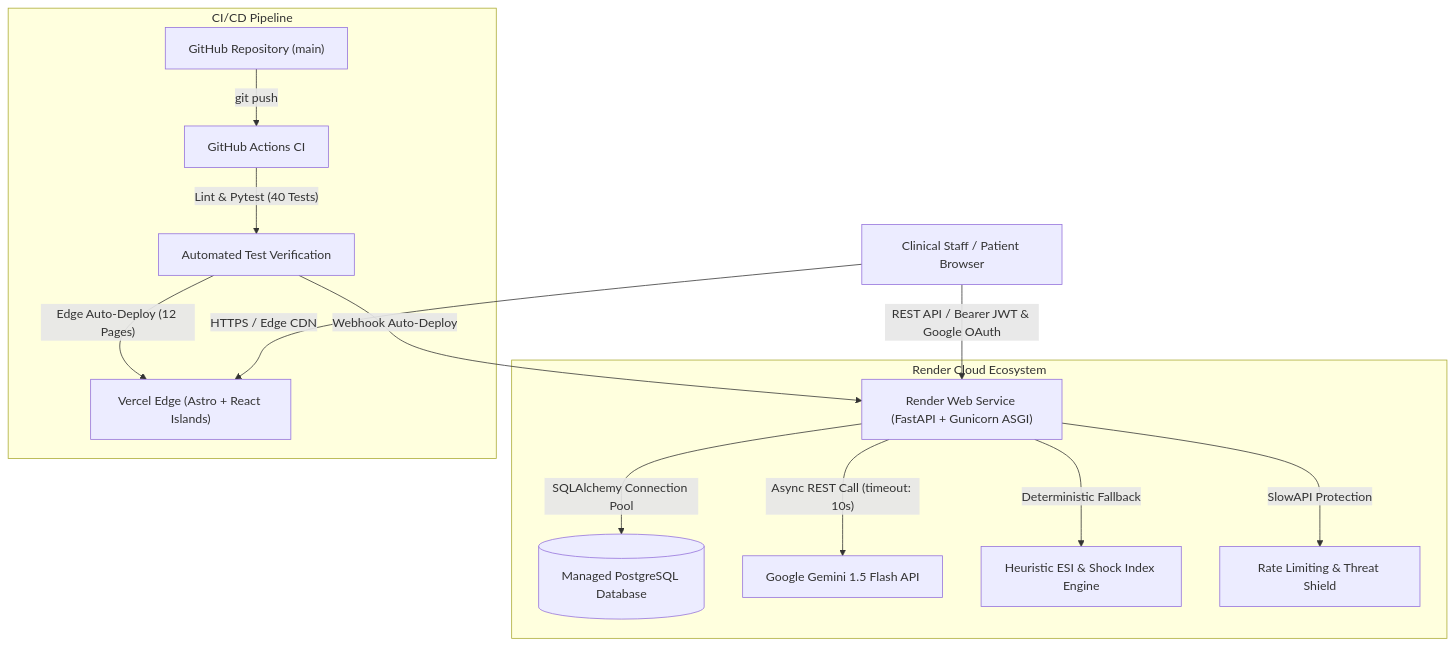
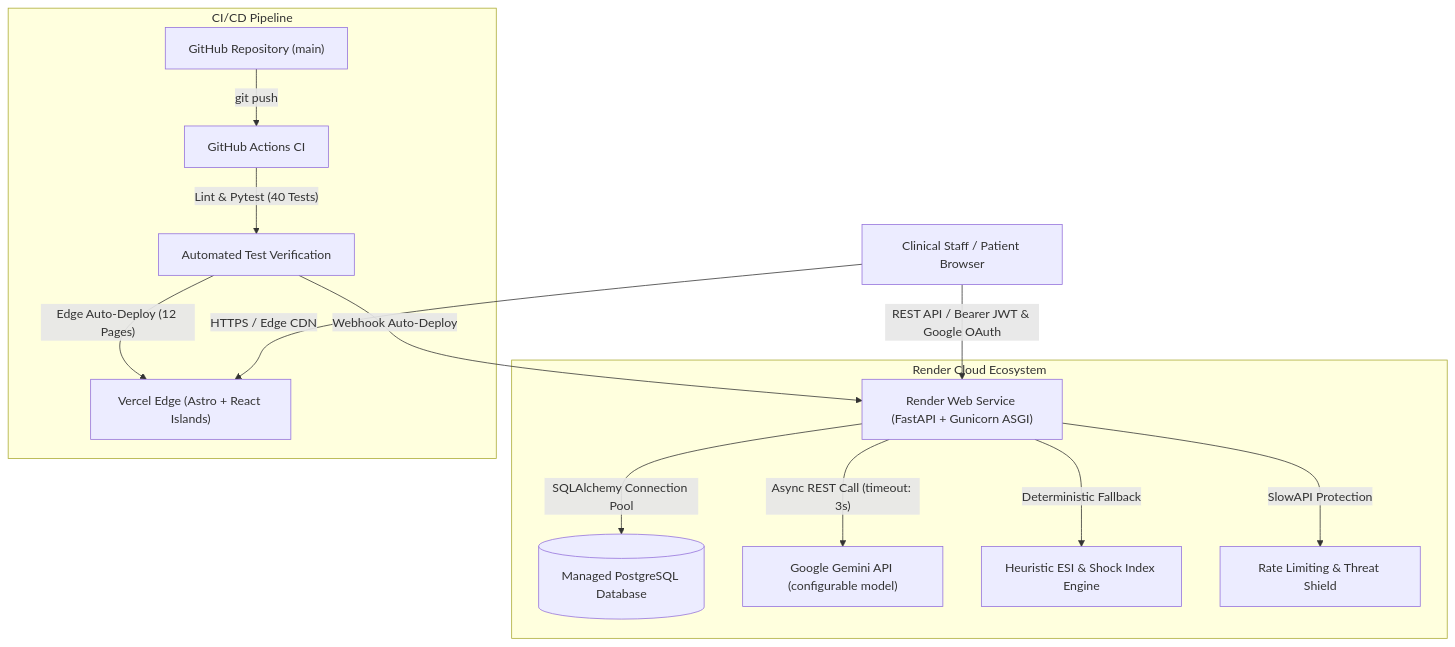
The first of 2 diagrams in README.md (AkshayByte/swasthatrack), drawn with Mermaid before and after one commit. The commit also changed other lines of this file, not shown here.

````diff
--- a/README.md
+++ b/README.md
@@ -38,19 +38,19 @@
 ```mermaid
 graph TD
     User["Clinical Staff / Patient Browser"] -->|"HTTPS / Edge CDN"| Vercel["Vercel Edge (Astro + React Islands)"]
     User -->|"REST API / Bearer JWT & Google OAuth"| Render["Render Web Service (FastAPI + Gunicorn ASGI)"]
     
     subgraph "Render Cloud Ecosystem"
         Render -->|"SQLAlchemy Connection Pool"| Postgres[("Managed PostgreSQL Database")]
-        Render -->|"Async REST Call (timeout: 10s)"| Gemini["Google Gemini 1.5 Flash API"]
+        Render -->|"Async REST Call (timeout: 3s)"| Gemini["Google Gemini API (configurable model)"]
         Render -->|"Deterministic Fallback"| ESI["Heuristic ESI & Shock Index Engine"]
         Render -->|"SlowAPI Protection"| RateLimit["Rate Limiting & Threat Shield"]
     end
 
     subgraph "CI/CD Pipeline"
         GitHub["GitHub Repository (main)"] -->|"git push"| GHA["GitHub Actions CI"]
         GHA -->|"Lint & Pytest (40 Tests)"| TestPass["Automated Test Verification"]
         TestPass -->|"Webhook Auto-Deploy"| Render
         TestPass -->|"Edge Auto-Deploy (12 Pages)"| Vercel
     end
 ```
````
